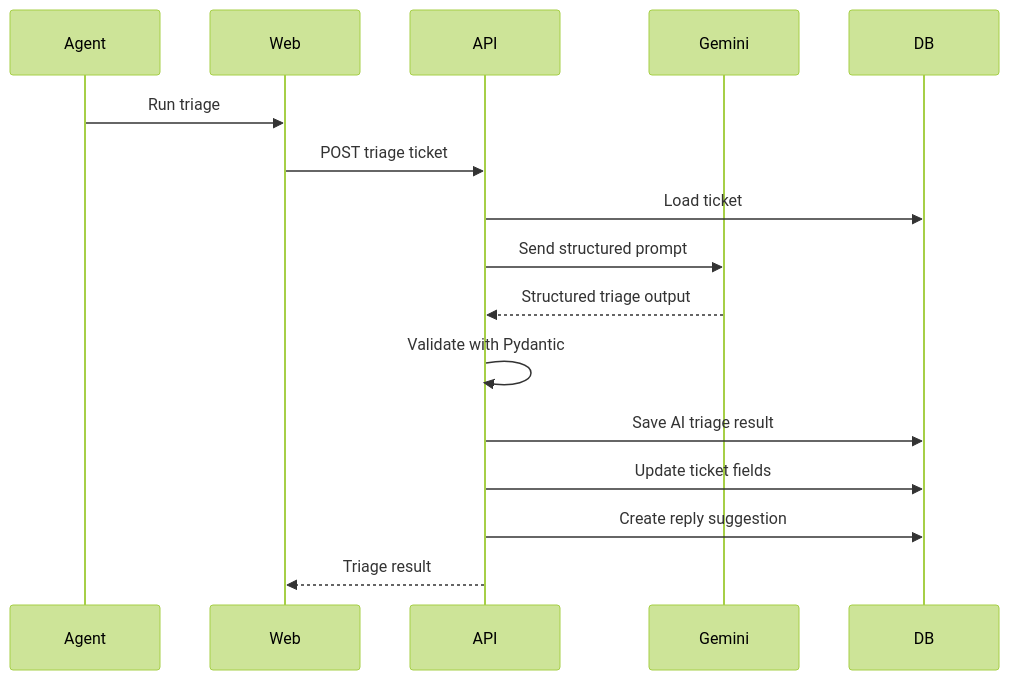
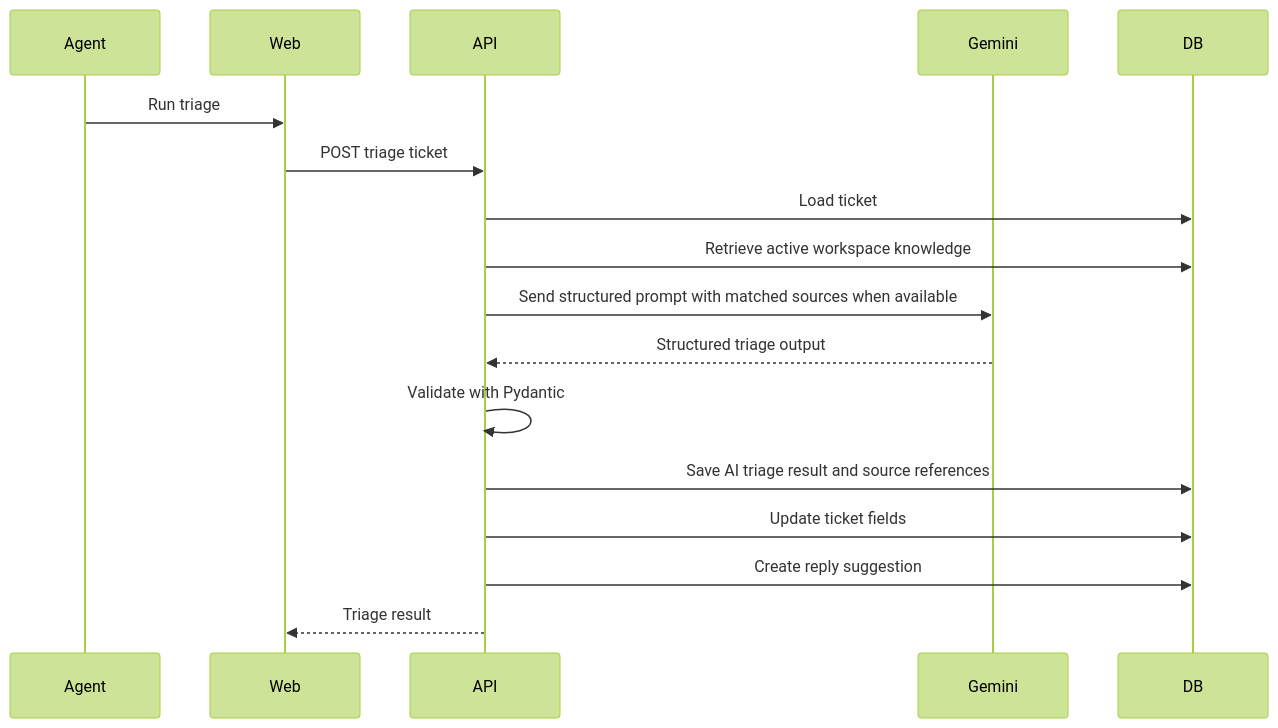
Before and after one commit to simonfab18/Sift---AI-Powered-Customer-Support-Triage-Platform-: the third of 4 diagrams in docs/ARCHITECTURE.md, drawn with Mermaid (forest theme). The commit also changed other lines of this file and 26 other files, not shown here.

````diff
--- a/docs/ARCHITECTURE.md
+++ b/docs/ARCHITECTURE.md
@@ -164,19 +164,20 @@
 ```mermaid
 sequenceDiagram
     participant Agent
     participant Web
     participant API
     participant Gemini
     participant DB
 
     Agent->>Web: Run triage
     Web->>API: POST triage ticket
     API->>DB: Load ticket
-    API->>Gemini: Send structured prompt
+    API->>DB: Retrieve active workspace knowledge
+    API->>Gemini: Send structured prompt with matched sources when available
     Gemini-->>API: Structured triage output
     API->>API: Validate with Pydantic
-    API->>DB: Save AI triage result
+    API->>DB: Save AI triage result and source references
     API->>DB: Update ticket fields
     API->>DB: Create reply suggestion
     API-->>Web: Triage result
 ```
````
